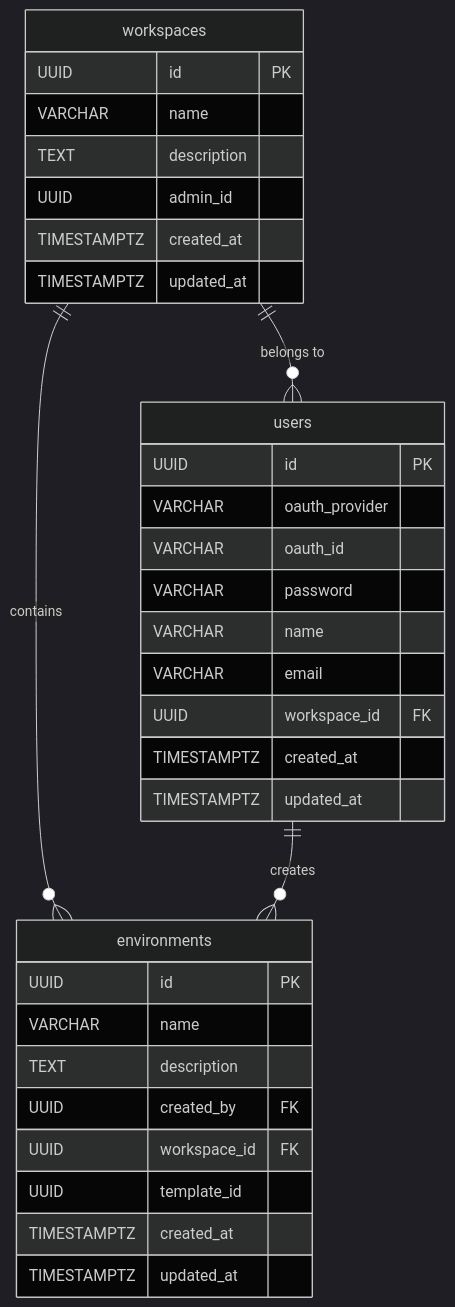
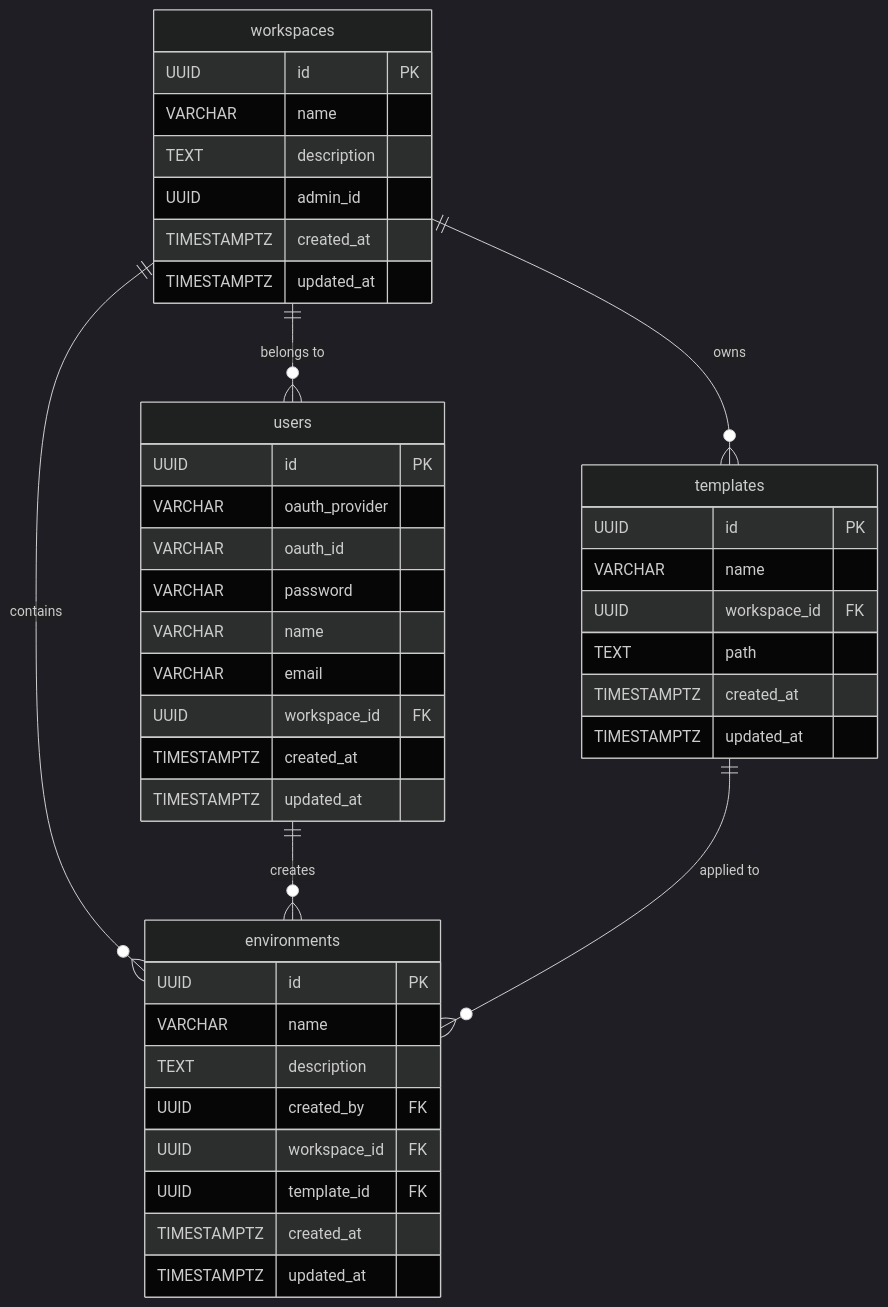
The diagram in README.md (erel213/dev-share), drawn with Mermaid (dark theme) before and after one commit. The commit also changed 4 other files, not shown here.

````diff
--- a/README.md
+++ b/README.md
@@ -5,36 +5,46 @@
 ```mermaid
 erDiagram
     workspaces {
         UUID id PK
         VARCHAR name
         TEXT description
         UUID admin_id
         TIMESTAMPTZ created_at
         TIMESTAMPTZ updated_at
     }
     users {
         UUID id PK
         VARCHAR oauth_provider
         VARCHAR oauth_id
         VARCHAR password
         VARCHAR name
         VARCHAR email
         UUID workspace_id FK
         TIMESTAMPTZ created_at
         TIMESTAMPTZ updated_at
     }
     environments {
         UUID id PK
         VARCHAR name
         TEXT description
         UUID created_by FK
         UUID workspace_id FK
-        UUID template_id
+        UUID template_id FK
+        TIMESTAMPTZ created_at
+        TIMESTAMPTZ updated_at
+    }
+    templates {
+        UUID id PK
+        VARCHAR name
+        UUID workspace_id FK
+        TEXT path
         TIMESTAMPTZ created_at
         TIMESTAMPTZ updated_at
     }
 
     workspaces ||--o{ users : "belongs to"
     workspaces ||--o{ environments : "contains"
+    workspaces ||--o{ templates : "owns"
     users ||--o{ environments : "creates"
+    templates ||--o{ environments : "applied to"
 ```
````
